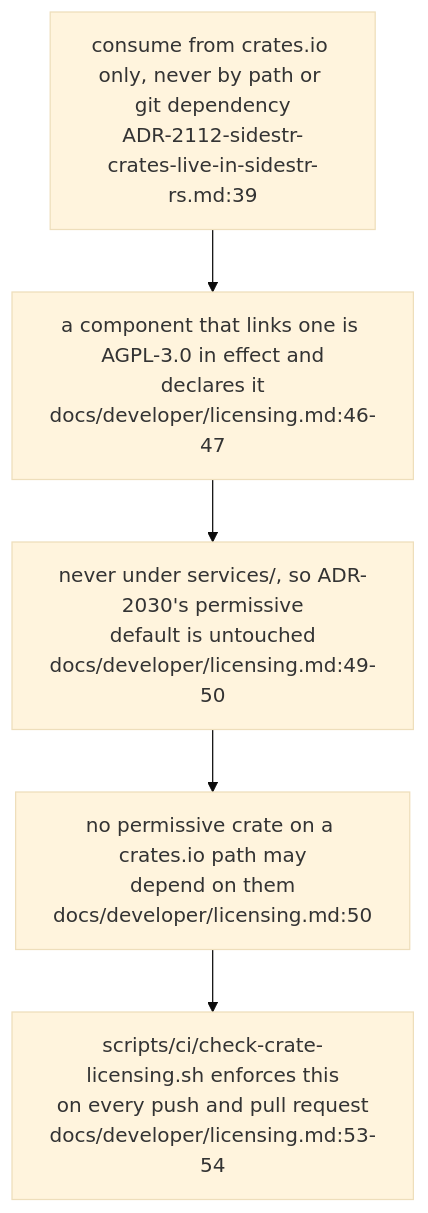
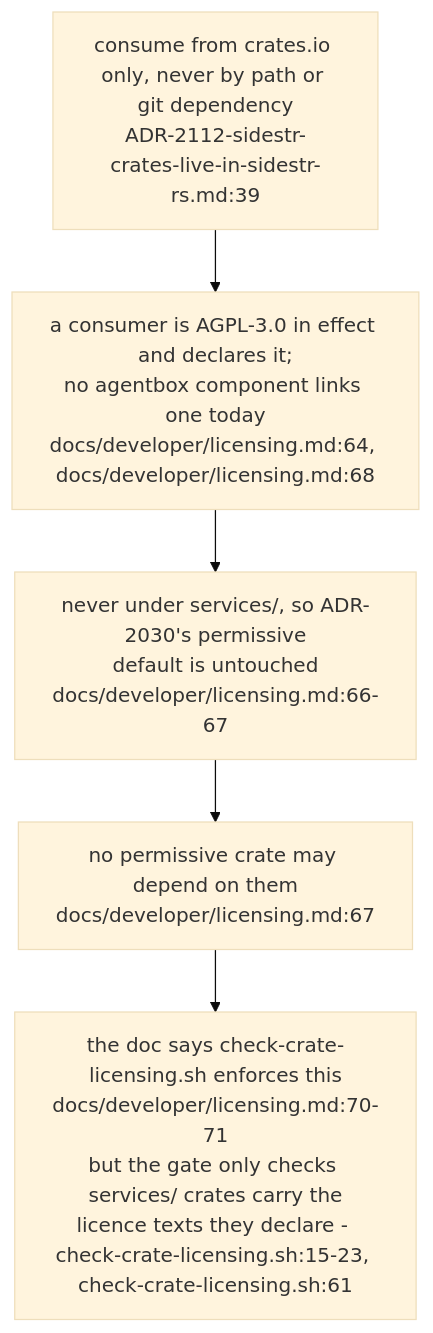
Before and after one commit to DreamLab-AI/VisionFlow: the second of 2 diagrams in docs/diagrams/agentbox/33-sidestr-crates.md, drawn with Mermaid (base theme). The commit also changed other lines of this file and 173 other files, not shown here.

````diff
--- a/docs/diagrams/agentbox/33-sidestr-crates.md
+++ b/docs/diagrams/agentbox/33-sidestr-crates.md
@@ -48,9 +49,9 @@
 ```mermaid
 flowchart TB
     R1["consume from crates.io only, never by path or git dependency<br/>ADR-2112-sidestr-crates-live-in-sidestr-rs.md:39"]
-    R2["a component that links one is AGPL-3.0 in effect and<br/>declares it<br/>docs/developer/licensing.md:46-47"]
-    R3["never under services/, so ADR-2030's permissive<br/>default is untouched<br/>docs/developer/licensing.md:49-50"]
-    R4["no permissive crate on a crates.io path may<br/>depend on them<br/>docs/developer/licensing.md:50"]
-    R5["scripts/ci/check-crate-licensing.sh enforces this<br/>on every push and pull request<br/>docs/developer/licensing.md:53-54"]
+    R2["a consumer is AGPL-3.0 in effect and declares it;<br/>no agentbox component links one today<br/>docs/developer/licensing.md:64, docs/developer/licensing.md:68"]
+    R3["never under services/, so ADR-2030's permissive<br/>default is untouched<br/>docs/developer/licensing.md:66-67"]
+    R4["no permissive crate may depend on them<br/>docs/developer/licensing.md:67"]
+    R5["the doc says check-crate-licensing.sh enforces this<br/>docs/developer/licensing.md:70-71<br/>but the gate only checks services/ crates carry the<br/>licence texts they declare - check-crate-licensing.sh:15-23, check-crate-licensing.sh:61"]
     R1 --> R2 --> R3 --> R4 --> R5
 ```
````
